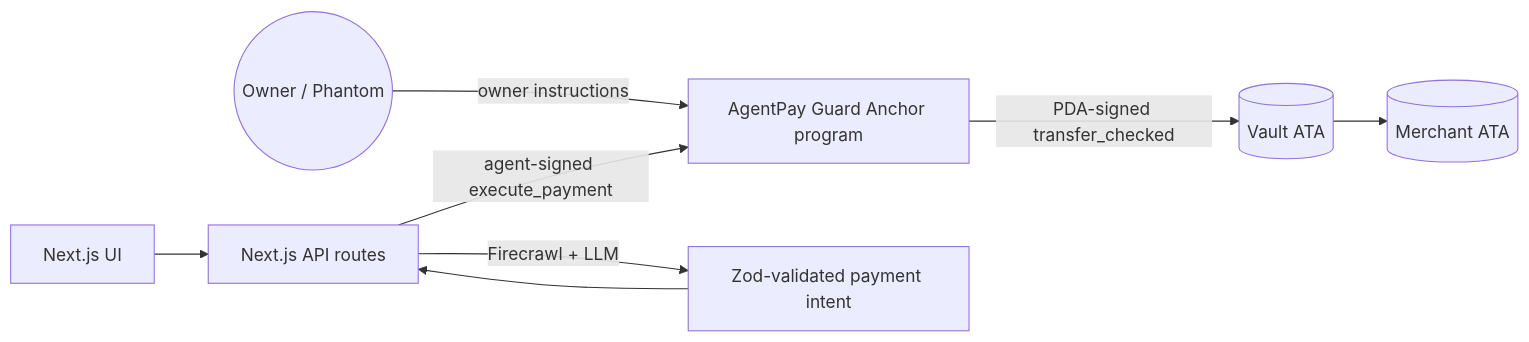
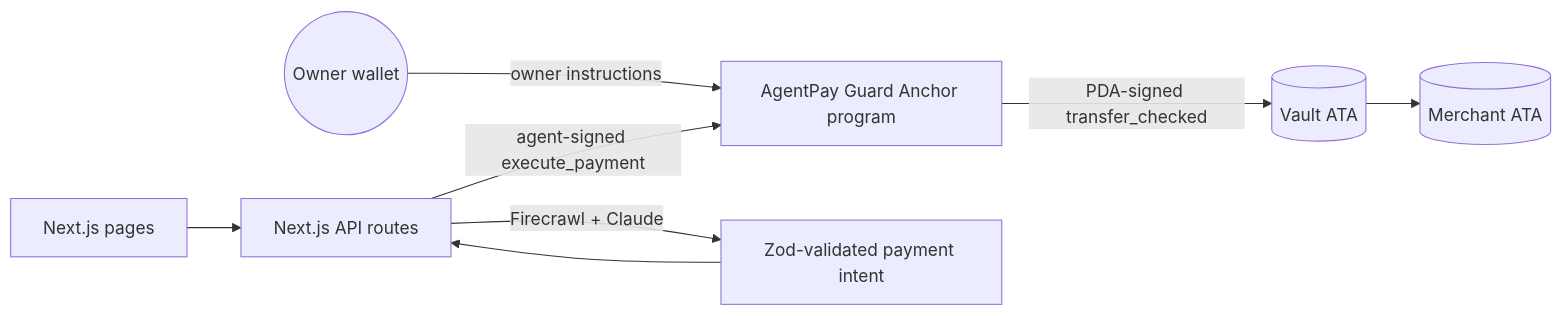
The diagram in README.md (nhutnt05/agentpay-guard), drawn with Mermaid before and after one commit. The commit also changed other lines of this file, not shown here.

````diff
--- a/README.md
+++ b/README.md
@@ -43,9 +62,9 @@
 ```mermaid
 flowchart LR
-  Owner((Owner / Phantom)) -- owner instructions --> Program
-  UI[Next.js UI] --> API[Next.js API routes]
-  API -- Firecrawl + LLM --> Intent[Zod-validated payment intent]
+  Owner((Owner wallet)) -- owner instructions --> Program
+  UI[Next.js pages] --> API[Next.js API routes]
+  API -- Firecrawl + Claude --> Intent[Zod-validated payment intent]
   Intent --> API
   API -- agent-signed execute_payment --> Program[AgentPay Guard Anchor program]
   Program -- PDA-signed transfer_checked --> Vault[(Vault ATA)] --> Merchant[(Merchant ATA)]
 ```
````
